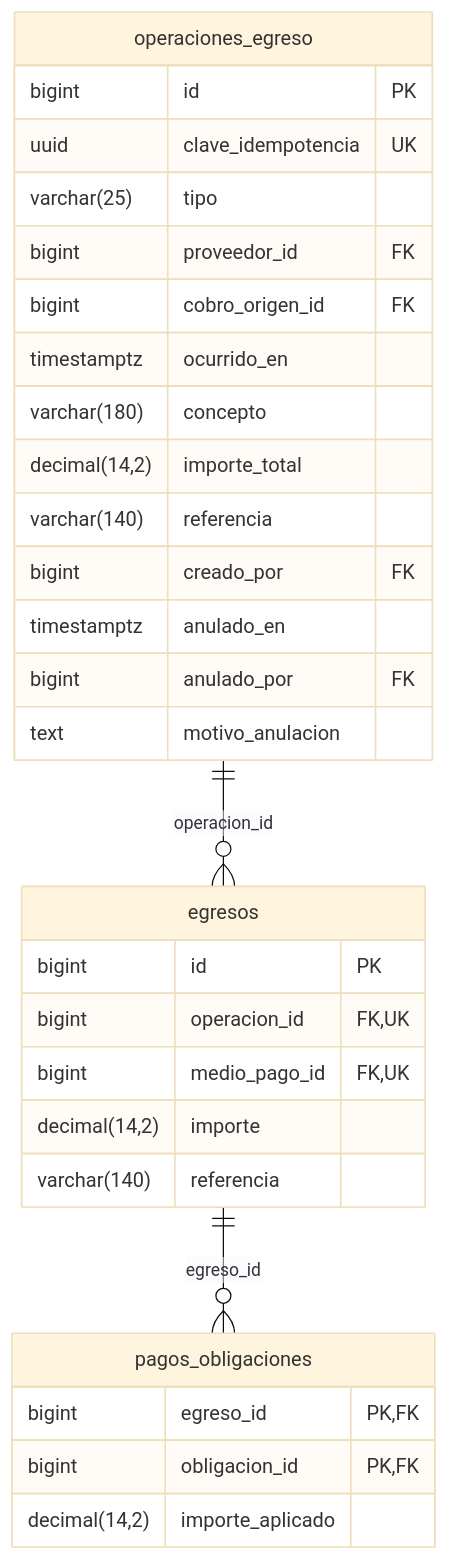
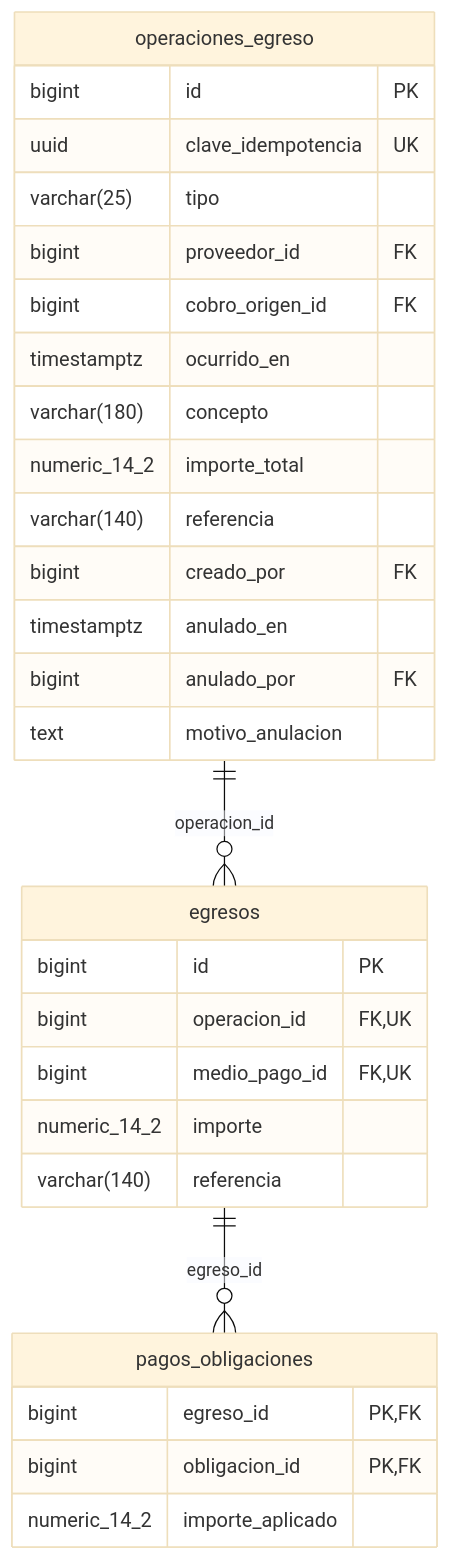
Diagram 11 of 11 in database/DIAGRAMA_ER.md (Falliot00/TRABAJO-FINAL-INTEGRADOR), drawn with Mermaid (base theme) before and after one commit. The commit also changed other lines of this file and 5 other files, not shown here.

Commit message:
docs: corregir diagramas y verificar el diseño de segunda entrega

````diff
--- a/database/DIAGRAMA_ER.md
+++ b/database/DIAGRAMA_ER.md
@@ -614,33 +614,33 @@
 ```mermaid
 erDiagram
     direction TB
     operaciones_egreso {
         bigint id PK
         uuid clave_idempotencia UK
         varchar(25) tipo
         bigint proveedor_id FK
         bigint cobro_origen_id FK
         timestamptz ocurrido_en
         varchar(180) concepto
-        decimal(14,2) importe_total
+        numeric_14_2 importe_total
         varchar(140) referencia
         bigint creado_por FK
         timestamptz anulado_en
         bigint anulado_por FK
         text motivo_anulacion
     }
     egresos {
         bigint id PK
         bigint operacion_id FK, UK
         bigint medio_pago_id FK, UK
-        decimal(14,2) importe
+        numeric_14_2 importe
         varchar(140) referencia
     }
     pagos_obligaciones {
         bigint egreso_id PK, FK
         bigint obligacion_id PK, FK
-        decimal(14,2) importe_aplicado
+        numeric_14_2 importe_aplicado
     }
     operaciones_egreso ||--o{ egresos : "operacion_id"
     egresos ||--o{ pagos_obligaciones : "egreso_id"
 ```
````
